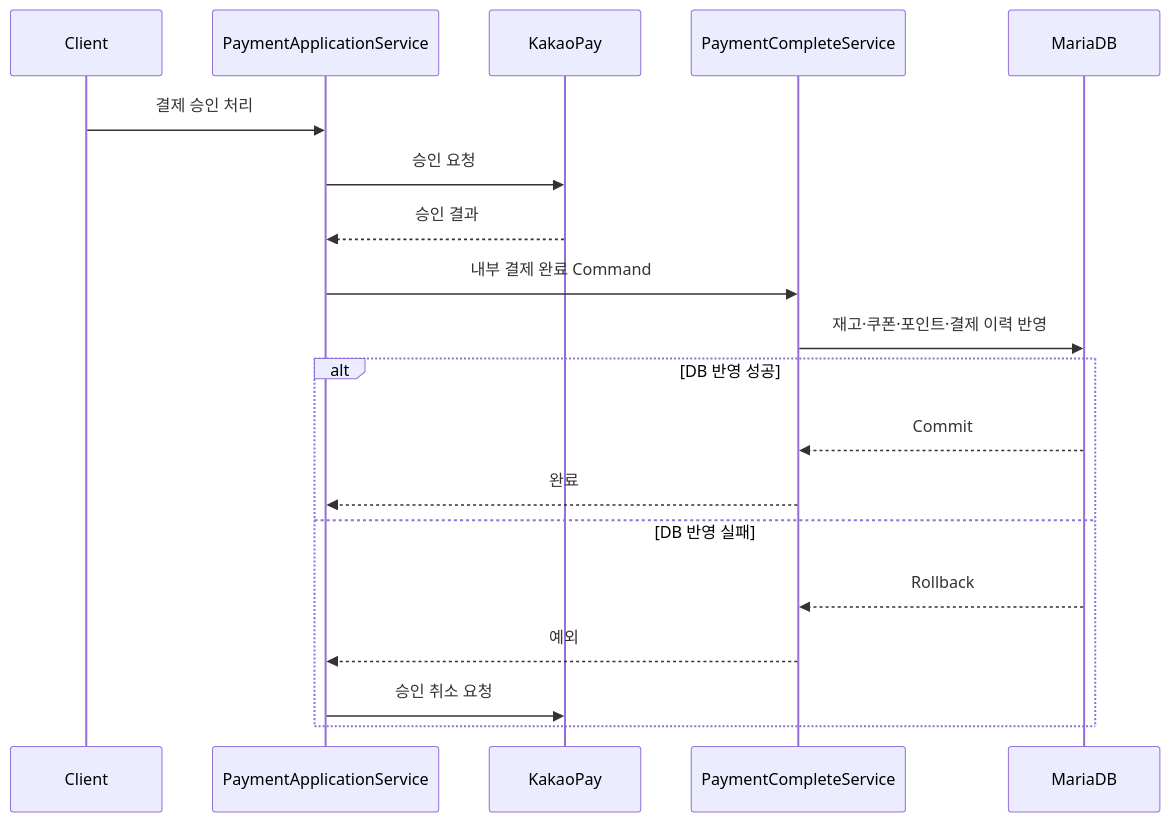
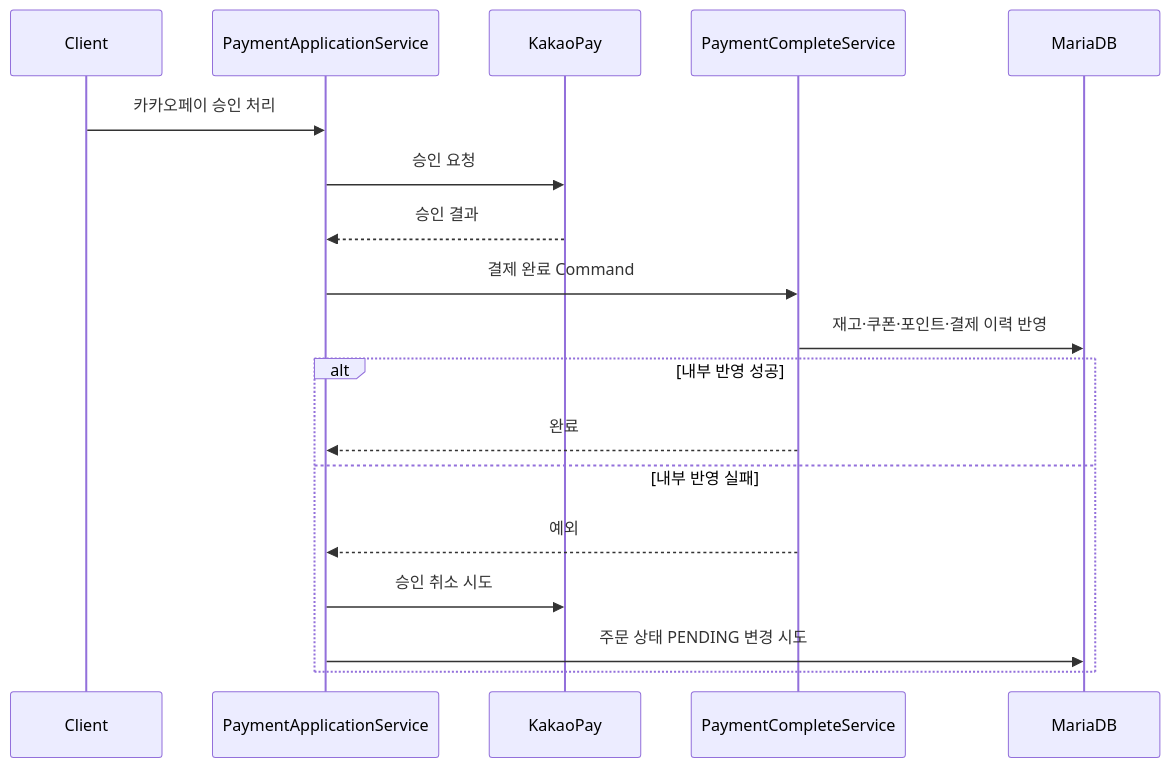
One commit to leedoohee/fnb-front-backend-api changed the third of 3 diagrams in README.md. Above: the diagram before and after it, drawn with Mermaid. The commit also changed other lines of this file, not shown here.

````diff
--- a/README.md
+++ b/README.md
@@ -66,22 +82,21 @@
 ```mermaid
 sequenceDiagram
     participant Client
     participant App as PaymentApplicationService
     participant PG as KakaoPay
     participant Complete as PaymentCompleteService
     participant DB as MariaDB
 
-    Client->>App: 결제 승인 처리
+    Client->>App: 카카오페이 승인 처리
     App->>PG: 승인 요청
     PG-->>App: 승인 결과
-    App->>Complete: 내부 결제 완료 Command
+    App->>Complete: 결제 완료 Command
     Complete->>DB: 재고·쿠폰·포인트·결제 이력 반영
-    alt DB 반영 성공
-        DB-->>Complete: Commit
+    alt 내부 반영 성공
         Complete-->>App: 완료
-    else DB 반영 실패
-        DB-->>Complete: Rollback
+    else 내부 반영 실패
         Complete-->>App: 예외
-        App->>PG: 승인 취소 요청
+        App->>PG: 승인 취소 시도
+        App->>DB: 주문 상태 PENDING 변경 시도
     end
 ```
````
